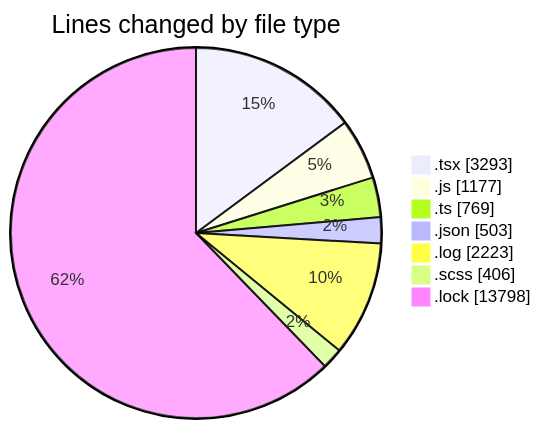
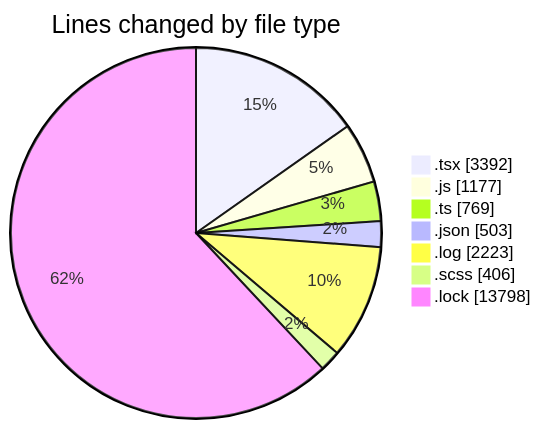
One commit to momahboobian/code-tracking changed the first of 2 diagrams in 2026-04-17/cda/README.md. Above: the diagram before and after it, drawn with Mermaid. The commit also changed other lines of this file and 1 other file, not shown here.

````diff
--- a/2026-04-17/cda/README.md
+++ b/2026-04-17/cda/README.md
@@ -54,11 +54,11 @@
 ```mermaid
 pie showData
 title Lines changed by file type
-".tsx" : 3293
+".tsx" : 3392
 ".js" : 1177
 ".ts" : 769
 ".json" : 503
 ".log" : 2223
 ".scss" : 406
 ".lock" : 13798
 ```
````
